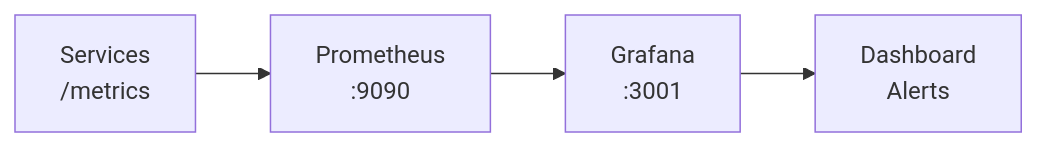
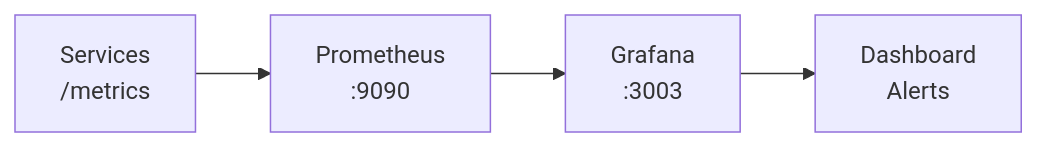
Before and after one commit to nebulae-official/orion: the diagram in docs/deployment/monitoring.md, drawn with Mermaid. The commit also changed other lines of this file and 110 other files, not shown here.

````diff
--- a/docs/deployment/monitoring.md
+++ b/docs/deployment/monitoring.md
@@ -17,6 +7,6 @@
 ```mermaid
 graph LR
     S["Services\n/metrics"] --> P["Prometheus\n:9090"]
-    P --> G["Grafana\n:3001"]
+    P --> G["Grafana\n:3003"]
     G --> U["Dashboard\nAlerts"]
 ```
````
